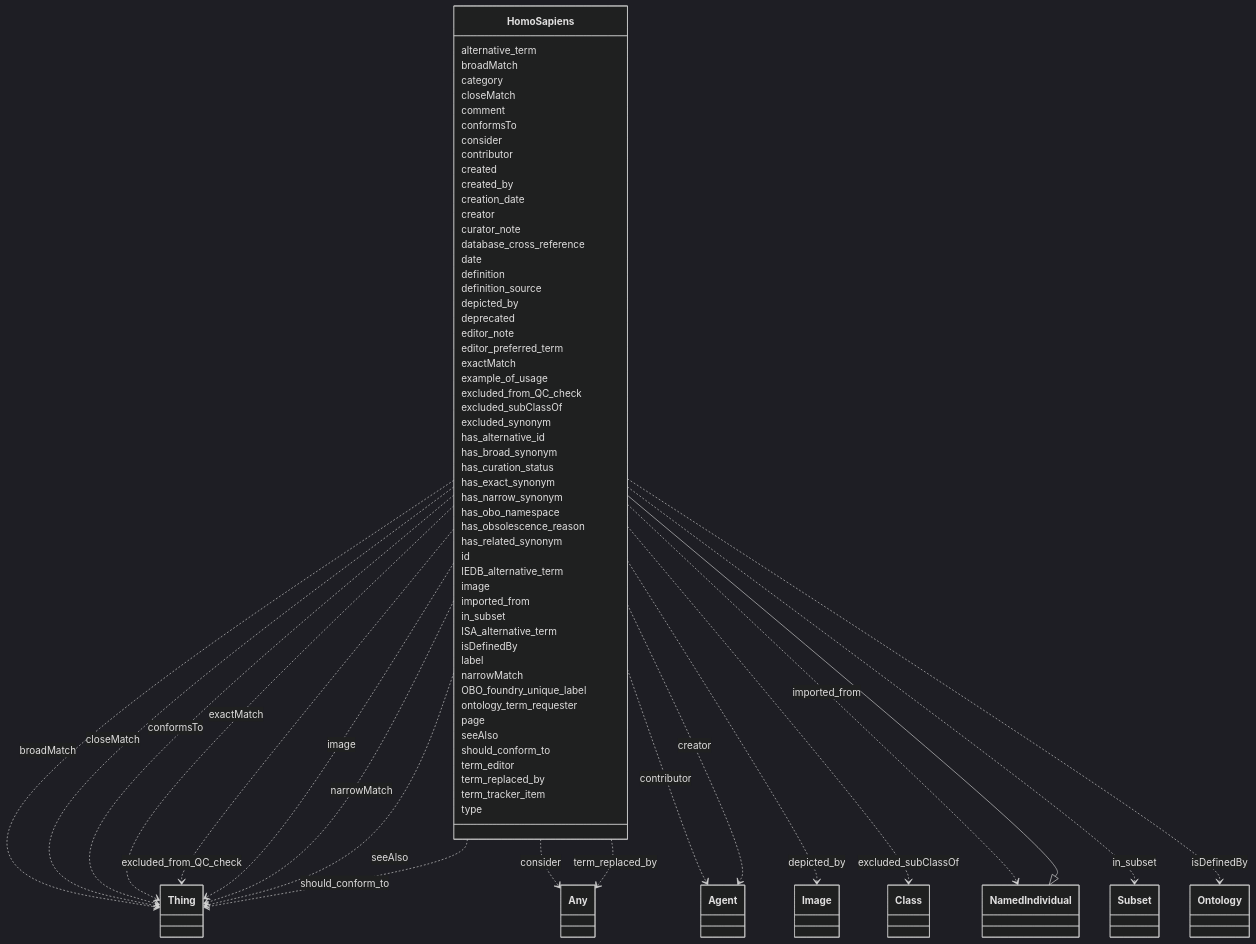
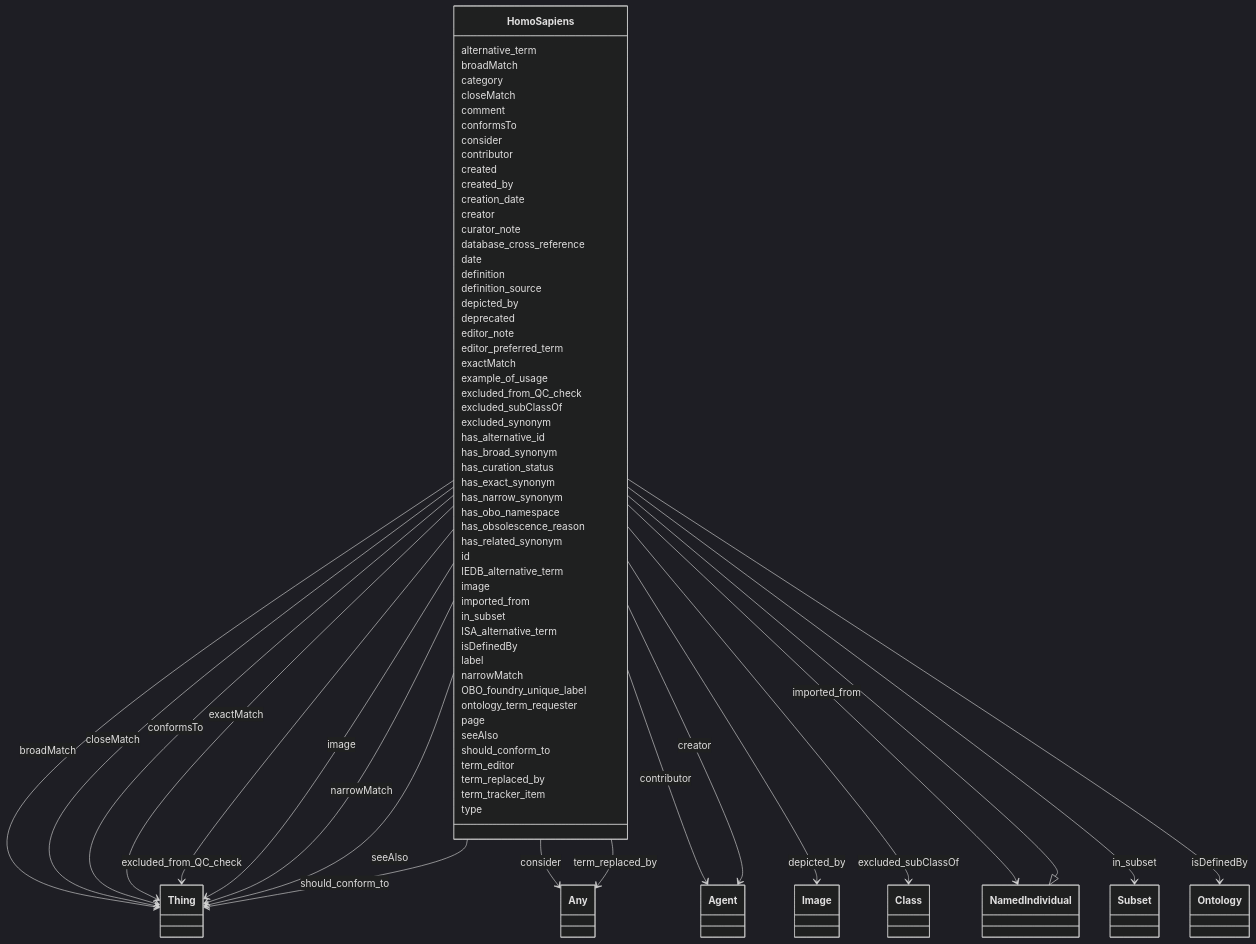
Before and after one commit to dalito/ontology-access-kit: the diagram in ontology-metadata/HomoSapiens.md, drawn with Mermaid (dark theme). The commit also changed other lines of this file and 3370 other files, not shown here.

```diff
--- a/ontology-metadata/HomoSapiens.md
+++ b/ontology-metadata/HomoSapiens.md
@@ -17,27 +21,27 @@
         
       HomoSapiens : broadMatch
         
-          HomoSapiens ..> Thing : broadMatch
+          HomoSapiens --> Thing : broadMatch
         
       HomoSapiens : category
         
       HomoSapiens : closeMatch
         
-          HomoSapiens ..> Thing : closeMatch
+          HomoSapiens --> Thing : closeMatch
         
       HomoSapiens : comment
         
       HomoSapiens : conformsTo
         
-          HomoSapiens ..> Thing : conformsTo
+          HomoSapiens --> Thing : conformsTo
         
       HomoSapiens : consider
         
-          HomoSapiens ..> Any : consider
+          HomoSapiens --> Any : consider
         
       HomoSapiens : contributor
         
-          HomoSapiens ..> Agent : contributor
+          HomoSapiens --> Agent : contributor
         
       HomoSapiens : created
         
@@ -47,7 +51,7 @@
         
       HomoSapiens : creator
         
-          HomoSapiens ..> Agent : creator
+          HomoSapiens --> Agent : creator
         
       HomoSapiens : curator_note
         
@@ -61,7 +65,7 @@
         
       HomoSapiens : depicted_by
         
-          HomoSapiens ..> Image : depicted_by
+          HomoSapiens --> Image : depicted_by
         
       HomoSapiens : deprecated
         
@@ -71,17 +75,17 @@
         
       HomoSapiens : exactMatch
         
-          HomoSapiens ..> Thing : exactMatch
+          HomoSapiens --> Thing : exactMatch
         
       HomoSapiens : example_of_usage
         
       HomoSapiens : excluded_from_QC_check
         
-          HomoSapiens ..> Thing : excluded_from_QC_check
+          HomoSapiens --> Thing : excluded_from_QC_check
         
       HomoSapiens : excluded_subClassOf
         
-          HomoSapiens ..> Class : excluded_subClassOf
+          HomoSapiens --> Class : excluded_subClassOf
         
       HomoSapiens : excluded_synonym
         
@@ -107,27 +111,27 @@
         
       HomoSapiens : image
         
-          HomoSapiens ..> Thing : image
+          HomoSapiens --> Thing : image
         
       HomoSapiens : imported_from
         
-          HomoSapiens ..> NamedIndividual : imported_from
+          HomoSapiens --> NamedIndividual : imported_from
         
       HomoSapiens : in_subset
         
-          HomoSapiens ..> Subset : in_subset
+          HomoSapiens --> Subset : in_subset
         
       HomoSapiens : ISA_alternative_term
         
       HomoSapiens : isDefinedBy
         
-          HomoSapiens ..> Ontology : isDefinedBy
+          HomoSapiens --> Ontology : isDefinedBy
         
       HomoSapiens : label
         
       HomoSapiens : narrowMatch
         
-          HomoSapiens ..> Thing : narrowMatch
+          HomoSapiens --> Thing : narrowMatch
         
       HomoSapiens : OBO_foundry_unique_label
         
@@ -137,17 +141,17 @@
         
       HomoSapiens : seeAlso
         
-          HomoSapiens ..> Thing : seeAlso
+          HomoSapiens --> Thing : seeAlso
         
       HomoSapiens : should_conform_to
         
-          HomoSapiens ..> Thing : should_conform_to
+          HomoSapiens --> Thing : should_conform_to
         
       HomoSapiens : term_editor
         
       HomoSapiens : term_replaced_by
         
-          HomoSapiens ..> Any : term_replaced_by
+          HomoSapiens --> Any : term_replaced_by
         
       HomoSapiens : term_tracker_item
         
```
